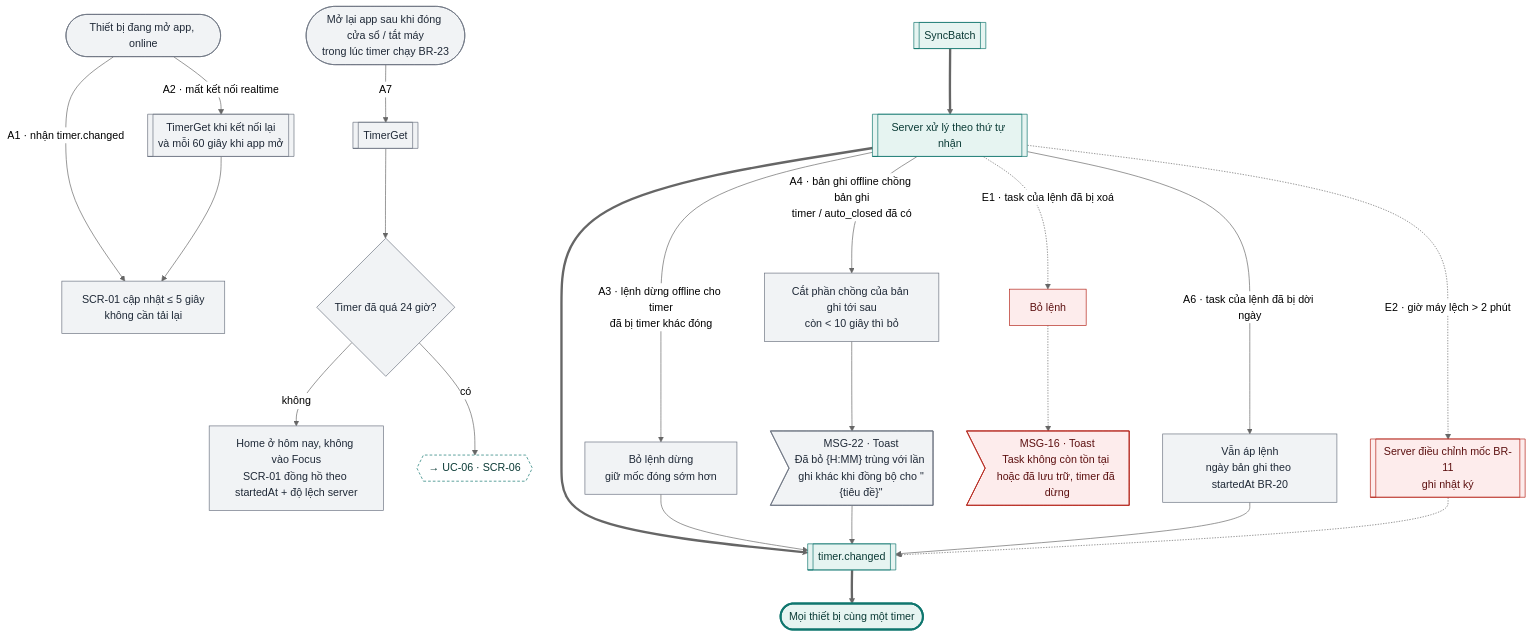
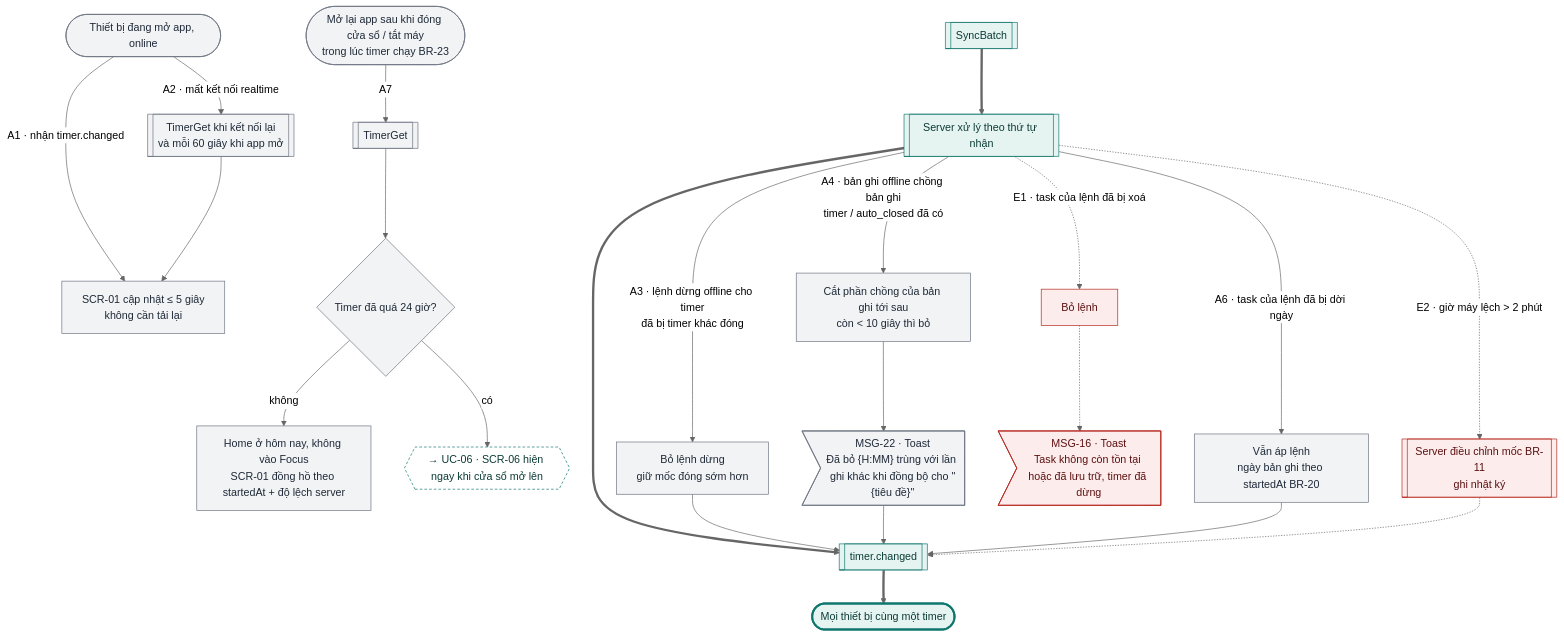
Diagram 12 of 12 in docs/design-brief/flow/g07-focus-timer.md (tannguyenho/personal-app), drawn with Mermaid (neutral theme) before and after one commit. The commit also changed other lines of this file and 7 other files, not shown here.

First line of the commit message:
docs(G05, G07): áp quyết định PO 09/11 vào SRS, PRD, flow; QC-10, IA khay

````diff
--- a/docs/design-brief/flow/g07-focus-timer.md
+++ b/docs/design-brief/flow/g07-focus-timer.md
@@ -548,43 +556,43 @@
 ```mermaid
 flowchart TD
   p1[["SyncBatch"]]
   p2[["Server xử lý theo thứ tự nhận"]]
   p3[["timer.changed"]]
   ok(["Mọi thiết bị cùng một timer"])
   p1 ==> p2 ==> p3 ==> ok
 
   on(["Thiết bị đang mở app, online"]) -->|"A1 · nhận timer.changed"| a1["SCR-01 cập nhật ≤ 5 giây<br/>không cần tải lại"]
   on -->|"A2 · mất kết nối realtime"| a2[["TimerGet khi kết nối lại<br/>và mỗi 60 giây khi app mở"]]
   a2 --> a1
   re(["Mở lại app sau khi đóng cửa sổ / tắt máy<br/>trong lúc timer chạy BR-23"]) -->|"A7"| a7[["TimerGet"]]
   a7 --> d7{"Timer đã quá 24 giờ?"}
   d7 -->|"không"| a7s["Home ở hôm nay, không vào Focus<br/>SCR-01 đồng hồ theo startedAt + độ lệch server"]
-  d7 -->|"có"| a7x{{"→ UC-06 · SCR-06"}}
+  d7 -->|"có"| a7x{{"→ UC-06 · SCR-06 hiện ngay khi cửa sổ mở lên"}}
   p2 -->|"A3 · lệnh dừng offline cho timer<br/>đã bị timer khác đóng"| a3["Bỏ lệnh dừng<br/>giữ mốc đóng sớm hơn"]
   a3 --> p3
   p2 -->|"A4 · bản ghi offline chồng bản ghi<br/>timer / auto_closed đã có"| a4["Cắt phần chồng của bản ghi tới sau<br/>còn < 10 giây thì bỏ"]
   a4 --> a4m>"MSG-22 · Toast<br/>Đã bỏ {H:MM} trùng với lần ghi khác khi đồng bộ cho #quot;{tiêu đề}#quot;"]
   a4m --> p3
   p2 -->|"A6 · task của lệnh đã bị dời ngày"| a6["Vẫn áp lệnh<br/>ngày bản ghi theo startedAt BR-20"]
   a6 --> p3
 
   p2 -.->|"E1 · task của lệnh đã bị xoá"| e1["Bỏ lệnh"]
   e1 -.-> e1m>"MSG-16 · Toast<br/>Task không còn tồn tại hoặc đã lưu trữ, timer đã dừng"]
   p2 -.->|"E2 · giờ máy lệch > 2 phút"| e2[["Server điều chỉnh mốc BR-11<br/>ghi nhật ký"]]
   e2 -.-> p3
 
   class p1,p2,p3 happy
   class on,a1,a2,re,a7,d7,a7s,a3,a4,a4m,a6 alt
   class a7x link
   class e1,e1m,e2 err
   class ok done
   classDef happy fill:#E6F4F1,stroke:#0F766E,color:#0B3B36
   classDef alt fill:#F1F3F5,stroke:#6B7280,color:#1F2937
   classDef err fill:#FDECEC,stroke:#B42318,color:#5C1010
   classDef warn fill:#FEF4E2,stroke:#B45309,color:#4A2604
   classDef ai fill:#F1ECFD,stroke:#6D28D9,color:#2E1065
   classDef sync fill:#FFFFFF,stroke:#6B7280,stroke-dasharray:4 3,color:#1F2937
   classDef link fill:#FFFFFF,stroke:#0F766E,stroke-dasharray:4 3,color:#0B3B36
   classDef done fill:#E6F4F1,stroke:#0F766E,stroke-width:3px,color:#0B3B36
   classDef fail fill:#FDECEC,stroke:#B42318,stroke-width:3px,color:#5C1010
 ```
````
